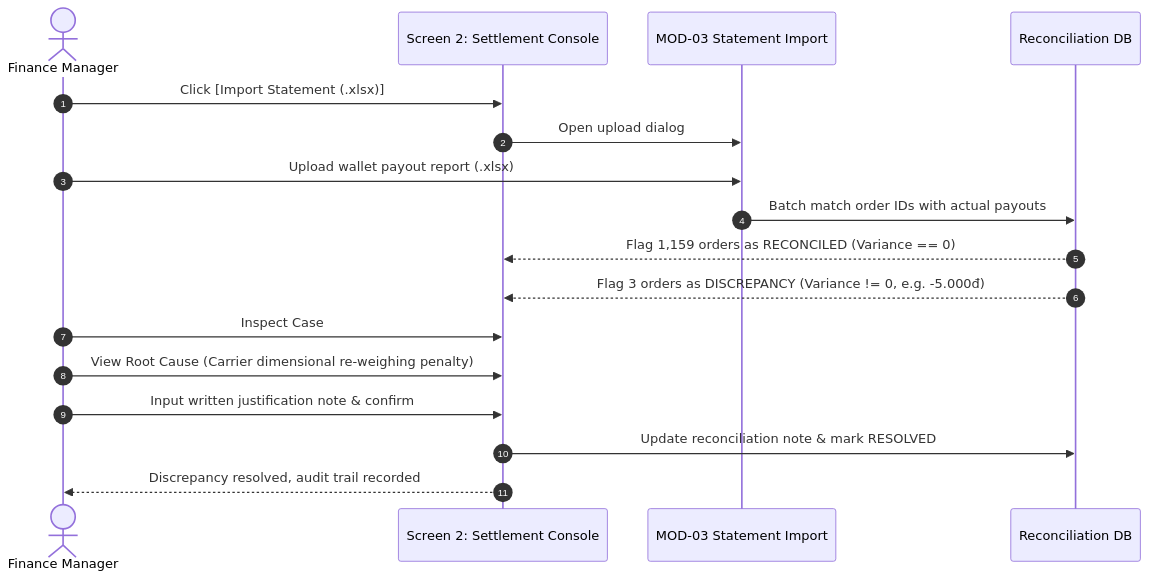
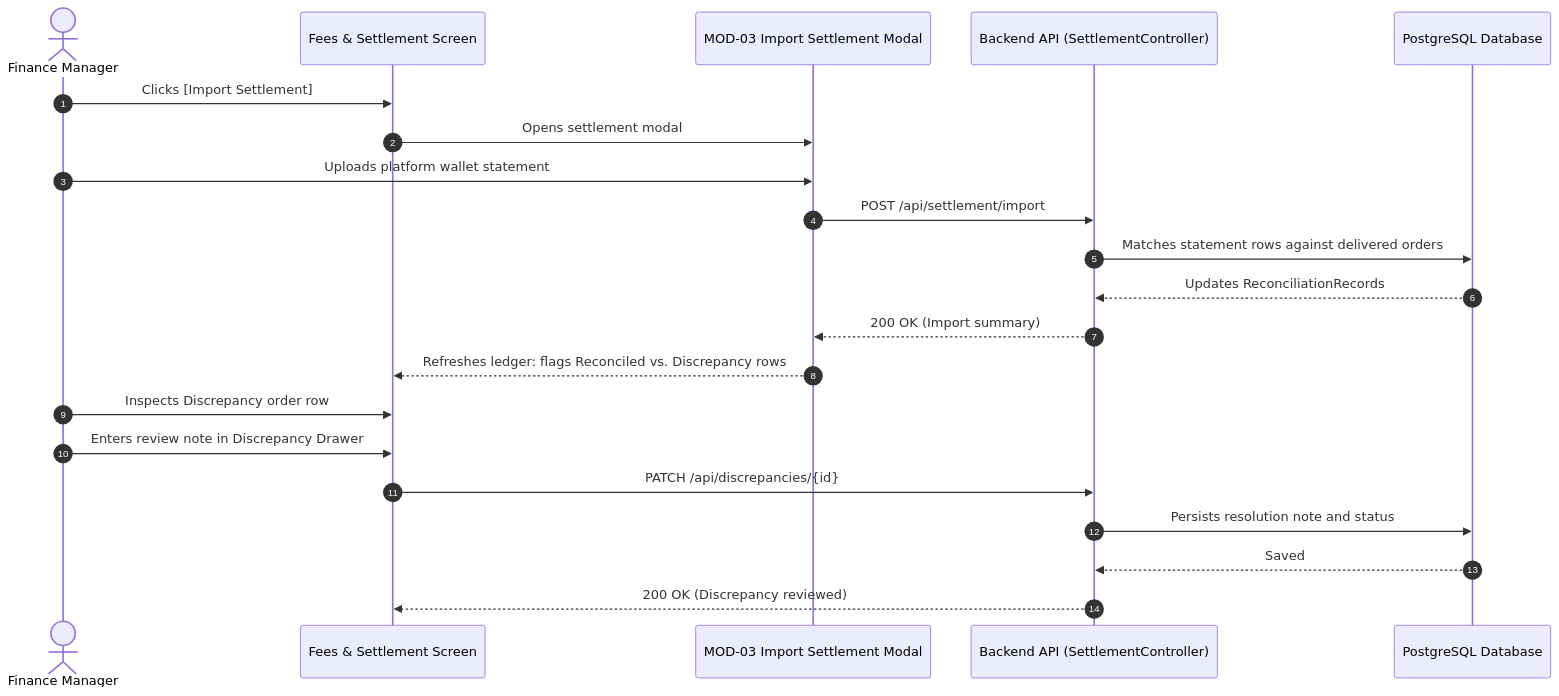
The third of 3 diagrams in docs/uiux_specifications.md (duchoa0405/Quanly_DoanhThu_LoiNhuan_DangDucHoa_VSF), drawn with Mermaid before and after one commit. The commit also changed other lines of this file and 1 other file, not shown here.

````diff
--- a/docs/uiux_specifications.md
+++ b/docs/uiux_specifications.md
@@ -370,22 +485,25 @@
 ```mermaid
 sequenceDiagram
     autonumber
     actor Fin as Finance Manager
-    participant SCR02 as Screen 2: Settlement Console
-    participant Import as MOD-03 Statement Import
-    participant DB as Reconciliation DB
+    participant SCR02 as Fees & Settlement Screen
+    participant Modal as MOD-03 Import Settlement Modal
+    participant API as Backend API (SettlementController)
+    participant DB as PostgreSQL Database
 
-    Fin->>SCR02: Click [Import Statement (.xlsx)]
-    SCR02->>Import: Open upload dialog
-    Fin->>Import: Upload wallet payout report (.xlsx)
-    Import->>DB: Batch match order IDs with actual payouts
+    Fin->>SCR02: Clicks [Import Settlement]
+    SCR02->>Modal: Opens settlement modal
+    Fin->>Modal: Uploads platform wallet statement
+    Modal->>API: POST /api/settlement/import
+    API->>DB: Matches statement rows against delivered orders
+    DB-->>API: Updates ReconciliationRecords
+    API-->>Modal: 200 OK (Import summary)
+    Modal-->>SCR02: Refreshes ledger: flags Reconciled vs. Discrepancy rows
     
-    DB-->>SCR02: Flag 1,159 orders as RECONCILED (Variance == 0)
-    DB-->>SCR02: Flag 3 orders as DISCREPANCY (Variance != 0, e.g. -5.000đ)
-    
-    Fin->>SCR02: Inspect Case #DIS-002
-    Fin->>SCR02: View Root Cause (Carrier dimensional re-weighing penalty)
-    Fin->>SCR02: Input written justification note & confirm
-    SCR02->>DB: Update reconciliation note & mark RESOLVED
-    SCR02-->>Fin: Discrepancy resolved, audit trail recorded
+    Fin->>SCR02: Inspects Discrepancy order row
+    Fin->>SCR02: Enters review note in Discrepancy Drawer
+    SCR02->>API: PATCH /api/discrepancies/{id}
+    API->>DB: Persists resolution note and status
+    DB-->>API: Saved
+    API-->>SCR02: 200 OK (Discrepancy reviewed)
 ```
````
